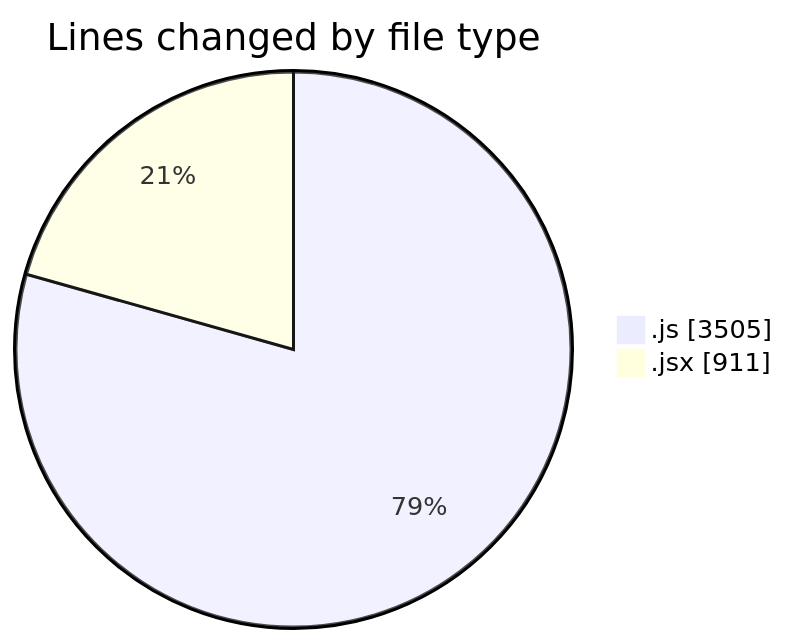
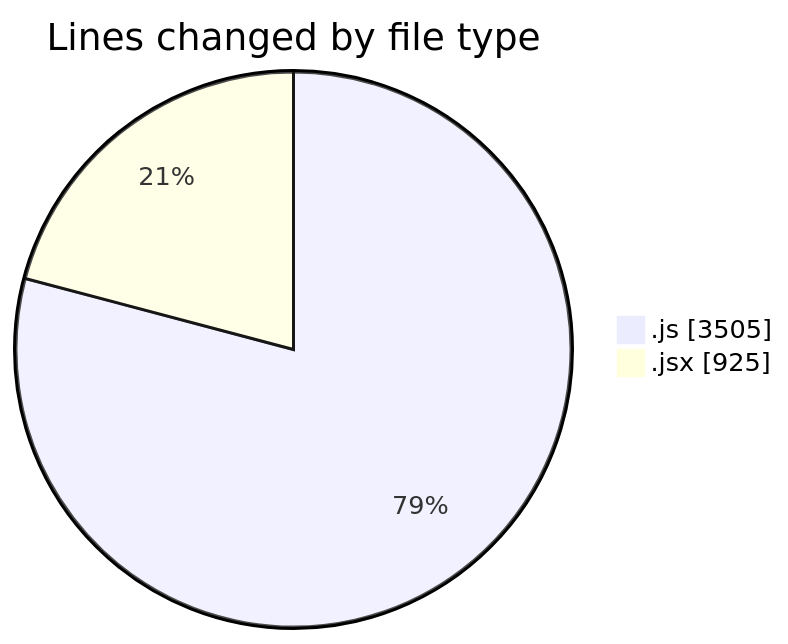
The first of 2 diagrams in 2025-09-24/nxtqube_webapp/README.md (nxtqubesakshisongat/code-tracking), drawn with Mermaid before and after one commit. The commit also changed other lines of this file and 1 other file, not shown here.

````diff
--- a/2025-09-24/nxtqube_webapp/README.md
+++ b/2025-09-24/nxtqube_webapp/README.md
@@ -22,6 +23,6 @@
 ```mermaid
 pie showData
 title Lines changed by file type
 ".js" : 3505
-".jsx" : 911
+".jsx" : 925
 ```
````
